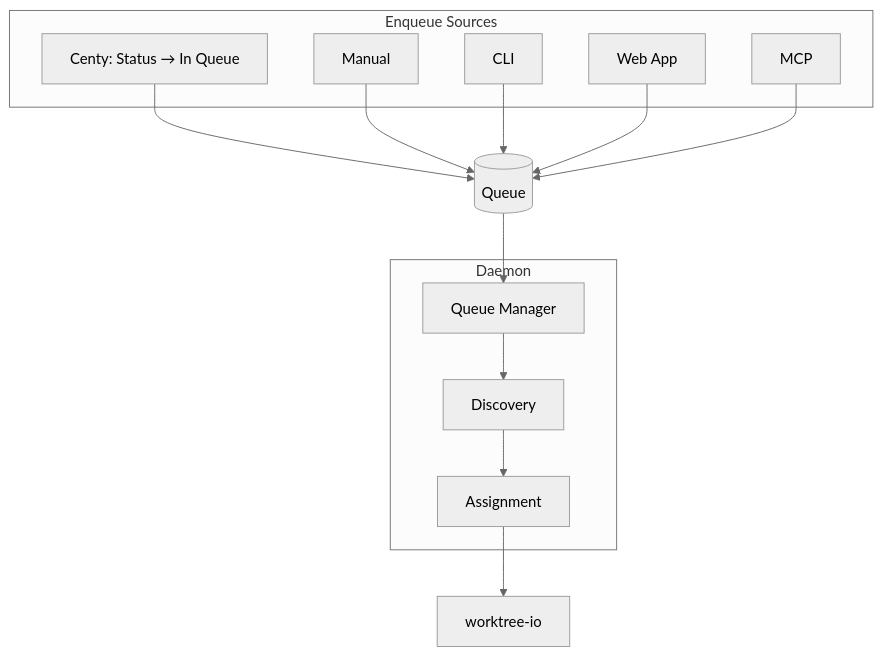
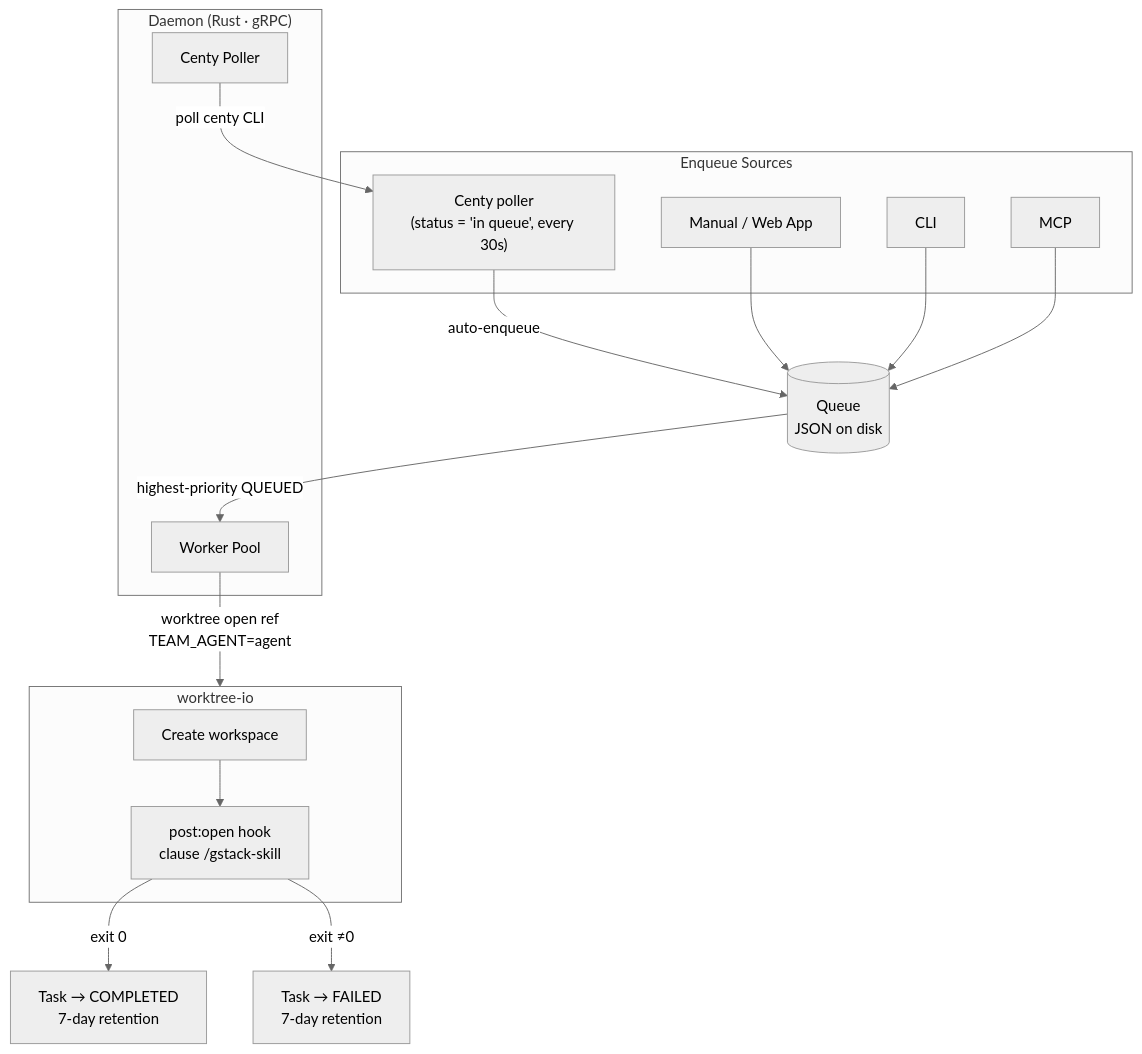
One commit to tupe12334/team changed the diagram in pipeline.mmd. Above: the diagram before and after it, drawn with Mermaid (neutral theme). The commit also changed 7 other files, not shown here.

First line of the commit message:
Fix E2E gaps: gRPC host, handleDelete, polling tests, env docs, pipeline diagram

```diff
--- a/pipeline.mmd
+++ b/pipeline.mmd
@@ -1,30 +1,34 @@
 flowchart TD
     subgraph Sources["Enqueue Sources"]
-        A[Centy: Status → In Queue]
-        B[Manual]
+        A["Centy poller\n(status = 'in queue', every 30s)"]
+        B[Manual / Web App]
         C[CLI]
-        D[Web App]
-        E[MCP]
+        D[MCP]
     end
 
-    Q[(Queue)]
+    Q[(Queue\nJSON on disk)]
 
-    A --> Q
+    A -->|auto-enqueue| Q
     B --> Q
     C --> Q
     D --> Q
-    E --> Q
 
-    subgraph Daemon["Daemon"]
-        QM[Queue Manager]
-        DI[Discovery]
-        AS[Assignment]
+    subgraph Daemon["Daemon (Rust · gRPC)"]
+        WP[Worker Pool]
+        CP[Centy Poller]
     end
 
-    Q --> QM
-    QM --> DI
-    DI --> AS
+    CP -->|poll centy CLI| A
+    Q -->|highest-priority QUEUED| WP
 
-    WI[worktree-io]
+    WP -->|worktree open ref\nTEAM_AGENT=agent| WI
 
-    AS --> WI
+    subgraph WI["worktree-io"]
+        WC[Create workspace]
+        Hook["post:open hook\nclause /gstack-skill"]
+    end
+
+    WC --> Hook
+
+    Hook -->|exit 0| DONE[Task → COMPLETED\n7-day retention]
+    Hook -->|exit ≠0| FAIL[Task → FAILED\n7-day retention]
```
